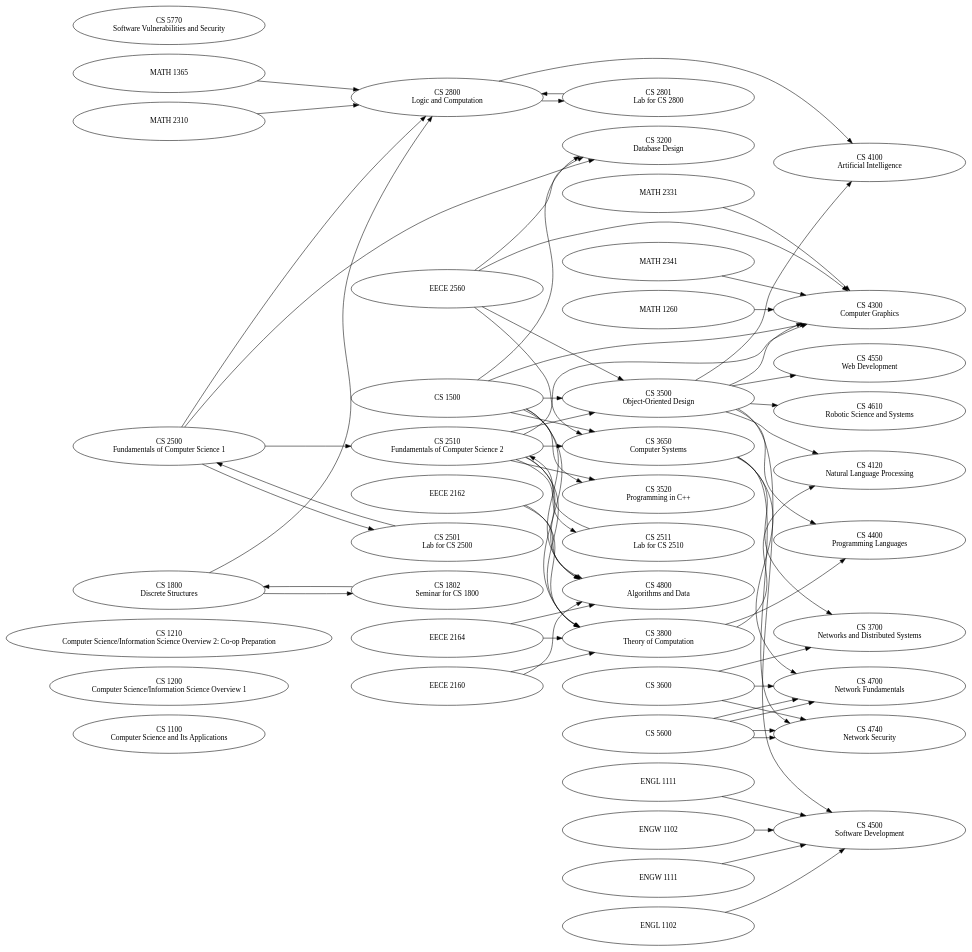
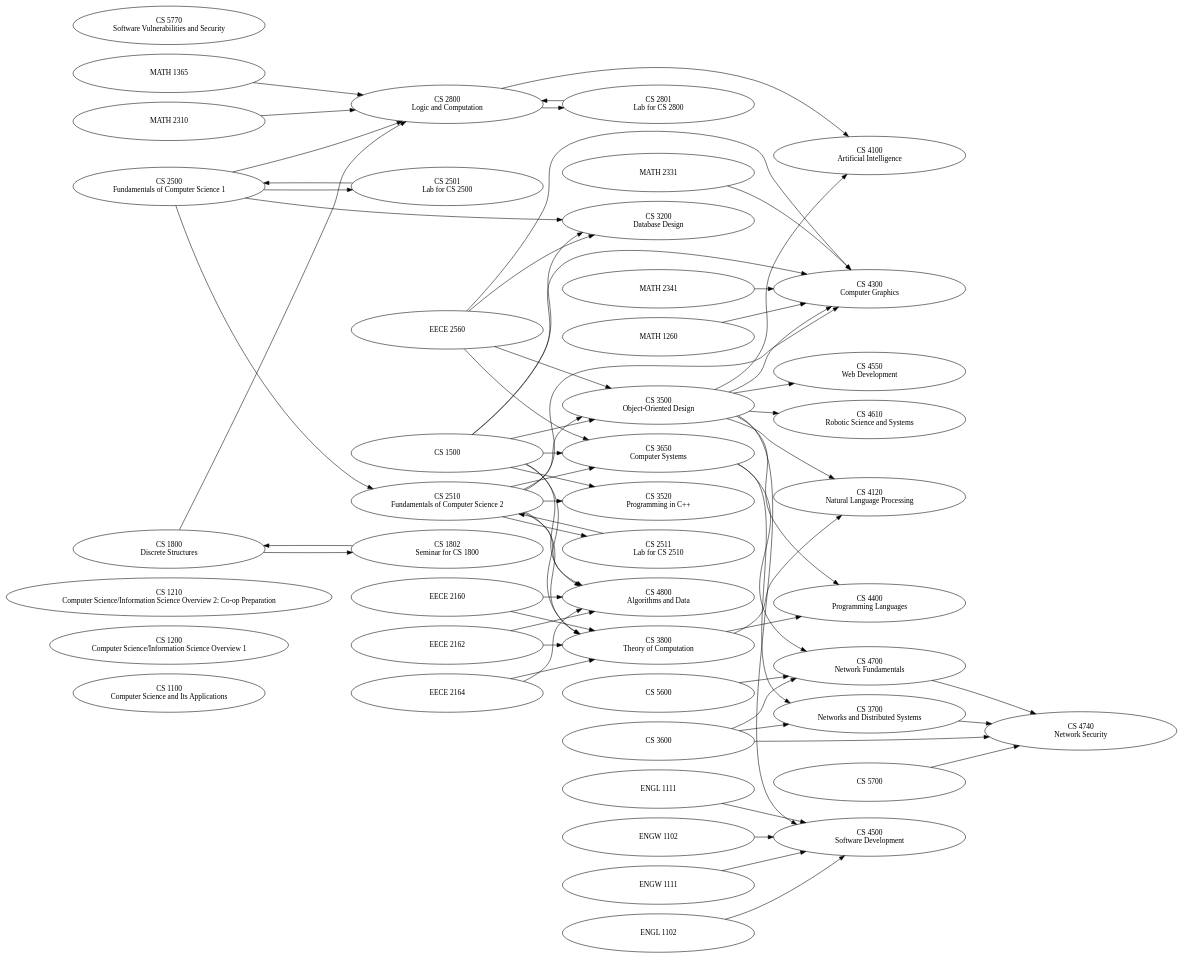
One commit to emily-jean/web-crawler changed the diagram in cs_undergrad.gv. Above: the diagram before and after it, drawn with Graphviz. The commit also changed 3 other files, not shown here.

```diff
--- a/cs_undergrad.gv
+++ b/cs_undergrad.gv
@@ -1,112 +1,112 @@
 digraph G {
 rankdir="LR";
 node [width=5, height=1];
 CS_1100 [ label="CS 1100\nComputer Science and Its Applications" ];
 CS_1200 [ label="CS 1200\nComputer Science/Information Science Overview 1" ];
 CS_1210 [ label="CS 1210\nComputer Science/Information Science Overview 2: Co-op Preparation" ];
 CS_1500 [ label="CS 1500\n" ];
 CS_1800 [ label="CS 1800\nDiscrete Structures" ];
 CS_1802 [ label="CS 1802\nSeminar for CS 1800" ];
 CS_2500 [ label="CS 2500\nFundamentals of Computer Science 1" ];
 CS_2501 [ label="CS 2501\nLab for CS 2500" ];
 CS_2510 [ label="CS 2510\nFundamentals of Computer Science 2" ];
 CS_2511 [ label="CS 2511\nLab for CS 2510" ];
 CS_2800 [ label="CS 2800\nLogic and Computation" ];
 CS_2801 [ label="CS 2801\nLab for CS 2800" ];
 CS_3200 [ label="CS 3200\nDatabase Design" ];
 CS_3500 [ label="CS 3500\nObject-Oriented Design" ];
 CS_3520 [ label="CS 3520\nProgramming in C++" ];
 CS_3600 [ label="CS 3600\n" ];
 CS_3650 [ label="CS 3650\nComputer Systems" ];
 CS_3700 [ label="CS 3700\nNetworks and Distributed Systems" ];
 CS_3800 [ label="CS 3800\nTheory of Computation" ];
 CS_4100 [ label="CS 4100\nArtificial Intelligence" ];
 CS_4120 [ label="CS 4120\nNatural Language Processing" ];
 CS_4300 [ label="CS 4300\nComputer Graphics" ];
 CS_4400 [ label="CS 4400\nProgramming Languages" ];
 CS_4500 [ label="CS 4500\nSoftware Development" ];
 CS_4550 [ label="CS 4550\nWeb Development" ];
 CS_4610 [ label="CS 4610\nRobotic Science and Systems" ];
 CS_4700 [ label="CS 4700\nNetwork Fundamentals" ];
 CS_4740 [ label="CS 4740\nNetwork Security" ];
 CS_4800 [ label="CS 4800\nAlgorithms and Data" ];
 CS_5600 [ label="CS 5600\n" ];
+CS_5700 [ label="CS 5700\n" ];
 CS_5770 [ label="CS 5770\nSoftware Vulnerabilities and Security" ];
 EECE_2160 [ label="EECE 2160\n" ];
 EECE_2162 [ label="EECE 2162\n" ];
 EECE_2164 [ label="EECE 2164\n" ];
 EECE_2560 [ label="EECE 2560\n" ];
 ENGL_1102 [ label="ENGL 1102\n" ];
 ENGL_1111 [ label="ENGL 1111\n" ];
 ENGW_1102 [ label="ENGW 1102\n" ];
 ENGW_1111 [ label="ENGW 1111\n" ];
 MATH_1260 [ label="MATH 1260\n" ];
 MATH_1365 [ label="MATH 1365\n" ];
 MATH_2310 [ label="MATH 2310\n" ];
 MATH_2331 [ label="MATH 2331\n" ];
 MATH_2341 [ label="MATH 2341\n" ];
 CS_1500 -> CS_3200;
 CS_1500 -> CS_3500;
 CS_1500 -> CS_3520;
 CS_1500 -> CS_3650;
 CS_1500 -> CS_3800;
 CS_1500 -> CS_4300;
 CS_1500 -> CS_4800;
 CS_1800 -> CS_1802;
 CS_1800 -> CS_2800;
 CS_1802 -> CS_1800;
 CS_2500 -> CS_2501;
 CS_2500 -> CS_2510;
 CS_2500 -> CS_2800;
 CS_2500 -> CS_3200;
 CS_2501 -> CS_2500;
 CS_2510 -> CS_2511;
 CS_2510 -> CS_3500;
 CS_2510 -> CS_3520;
 CS_2510 -> CS_3650;
 CS_2510 -> CS_3800;
 CS_2510 -> CS_4300;
 CS_2510 -> CS_4800;
 CS_2511 -> CS_2510;
 CS_2800 -> CS_2801;
 CS_2800 -> CS_4100;
 CS_2801 -> CS_2800;
 CS_3500 -> CS_4100;
 CS_3500 -> CS_4120;
 CS_3500 -> CS_4300;
 CS_3500 -> CS_4400;
 CS_3500 -> CS_4500;
 CS_3500 -> CS_4550;
 CS_3500 -> CS_4610;
 CS_3600 -> CS_3700;
 CS_3600 -> CS_4700;
 CS_3600 -> CS_4740;
 CS_3650 -> CS_3700;
 CS_3650 -> CS_4700;
-CS_3650 -> CS_4740;
+CS_3700 -> CS_4740;
 CS_3800 -> CS_4120;
 CS_3800 -> CS_4400;
+CS_4700 -> CS_4740;
 CS_5600 -> CS_4700;
-CS_5600 -> CS_4700;
-CS_5600 -> CS_4740;
-CS_5600 -> CS_4740;
+CS_5700 -> CS_4740;
 EECE_2160 -> CS_3800;
 EECE_2160 -> CS_4800;
 EECE_2162 -> CS_3800;
 EECE_2162 -> CS_4800;
 EECE_2164 -> CS_3800;
 EECE_2164 -> CS_4800;
 EECE_2560 -> CS_3200;
 EECE_2560 -> CS_3500;
 EECE_2560 -> CS_3650;
 EECE_2560 -> CS_4300;
 ENGL_1102 -> CS_4500;
 ENGL_1111 -> CS_4500;
 ENGW_1102 -> CS_4500;
 ENGW_1111 -> CS_4500;
 MATH_1260 -> CS_4300;
 MATH_1365 -> CS_2800;
 MATH_2310 -> CS_2800;
 MATH_2331 -> CS_4300;
 MATH_2341 -> CS_4300;
 }
```
